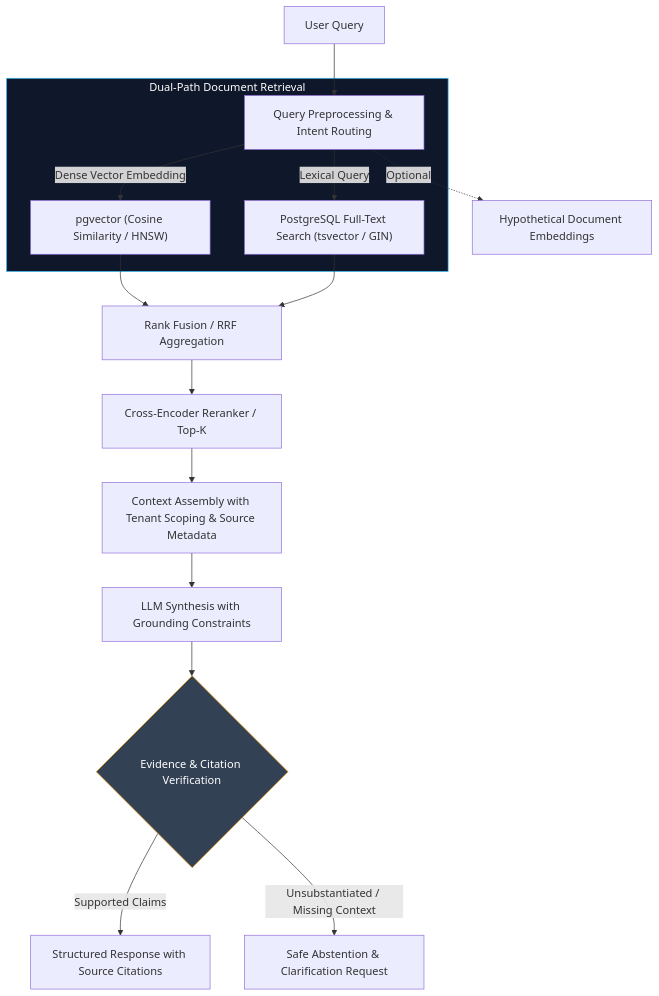
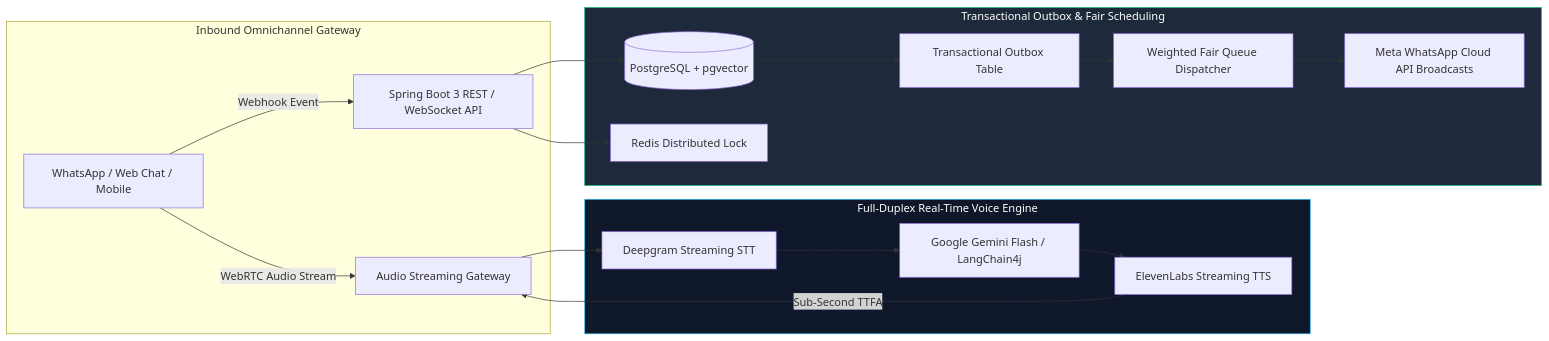
One commit to hkbharti77/hkbharti77 changed the second of 2 diagrams in README.md. Above: the diagram before and after it, drawn with Mermaid. The commit also changed other lines of this file, not shown here.

Commit message:
Enhance UI and integrate verified resume: JRF Quantum Tech, AI Stock Kundli, GyanVaniAI Connect, and real benchmarks

````diff
--- a/README.md
+++ b/README.md
@@ -79,24 +92,25 @@
 ```mermaid
-flowchart TD
-    UserQuery[User Query] --> Preprocess[Query Preprocessing & Intent Routing]
-    Preprocess -.->|Optional| HyDE[Hypothetical Document Embeddings]
-    
-    subgraph DualRetrieval ["Dual-Path Document Retrieval"]
-        Preprocess -->|Dense Vector Embedding| Dense["pgvector (Cosine Similarity / HNSW)"]
-        Preprocess -->|Lexical Query| Sparse["PostgreSQL Full-Text Search (tsvector / GIN)"]
+flowchart LR
+    subgraph ClientChannels ["Inbound Omnichannel Gateway"]
+        Client[WhatsApp / Web Chat / Mobile] -->|WebRTC Audio Stream| VoiceGateway[Audio Streaming Gateway]
+        Client -->|Webhook Event| API[Spring Boot 3 REST / WebSocket API]
     end
 
-    Dense --> Fusion[Rank Fusion / RRF Aggregation]
-    Sparse --> Fusion
+    subgraph VoiceStream ["Full-Duplex Real-Time Voice Engine"]
+        VoiceGateway --> Deepgram[Deepgram Streaming STT]
+        Deepgram --> Gemini[Google Gemini Flash / LangChain4j]
+        Gemini --> ElevenLabs[ElevenLabs Streaming TTS]
+        ElevenLabs -->|Sub-Second TTFA| VoiceGateway
+    end
 
-    Fusion --> Rerank[Cross-Encoder Reranker / Top-K]
-    Rerank --> ContextAssembly[Context Assembly with Tenant Scoping & Source Metadata]
-    ContextAssembly --> Generation[LLM Synthesis with Grounding Constraints]
-    Generation --> Validation{"Evidence & Citation Verification"}
+    subgraph ReliabilityOutbox ["Transactional Outbox & Fair Scheduling"]
+        API --> DB[(PostgreSQL + pgvector)]
+        API --> Lock[Redis Distributed Lock]
+        DB --> OutboxTable[Transactional Outbox Table]
+        OutboxTable --> WFQ[Weighted Fair Queue Dispatcher]
+        WFQ --> MetaAPI[Meta WhatsApp Cloud API Broadcasts]
+    end
 
-    Validation -->|Supported Claims| Response[Structured Response with Source Citations]
-    Validation -->|Unsubstantiated / Missing Context| Abstention[Safe Abstention & Clarification Request]
-
-    style DualRetrieval fill:#0f172a,stroke:#38bdf8,stroke-width:1px,color:#fff
-    style Validation fill:#334155,stroke:#f59e0b,stroke-width:1px,color:#fff
+    style VoiceStream fill:#0f172a,stroke:#38bdf8,stroke-width:1px,color:#fff
+    style ReliabilityOutbox fill:#1e293b,stroke:#10b981,stroke-width:1px,color:#fff
 ```
````
